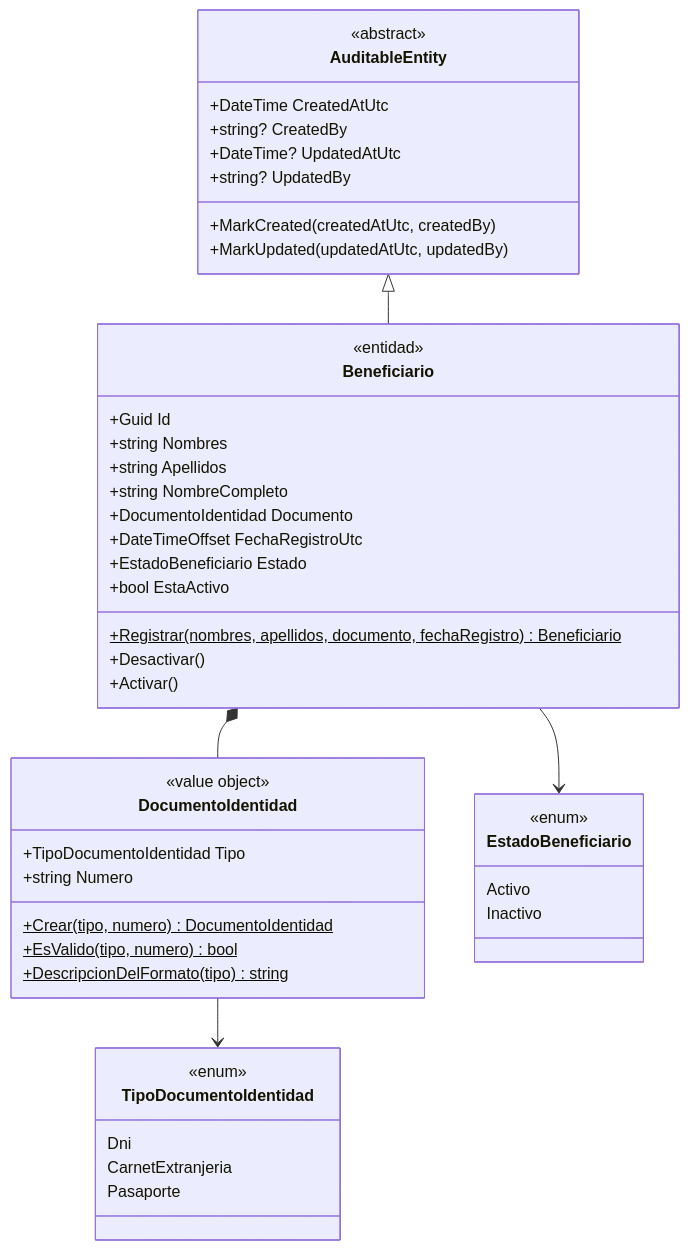
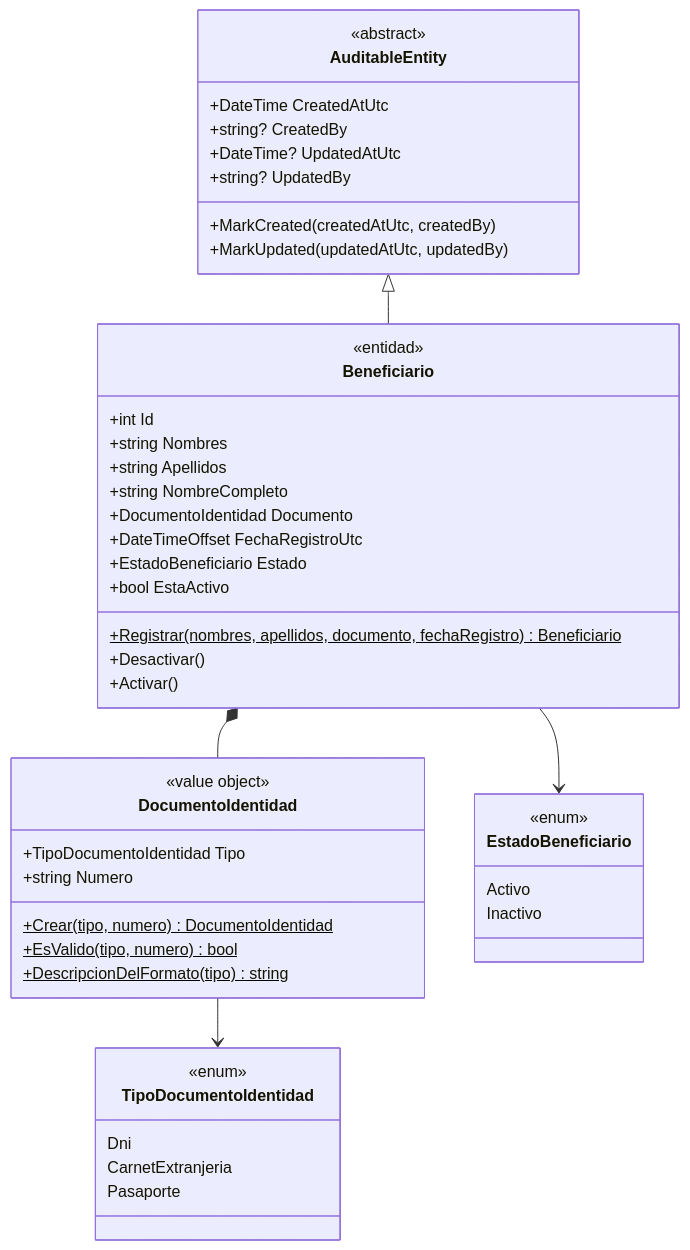
One commit to dalza1601/social-management changed the second of 4 diagrams in docs/sessions/session-02.md. Above: the diagram before and after it, drawn with Mermaid. The commit also changed other lines of this file and 77 other files, not shown here.

````diff
--- a/docs/sessions/session-02.md
+++ b/docs/sessions/session-02.md
@@ -82,49 +82,49 @@
 ```mermaid
 classDiagram
     class Beneficiario {
         <<entidad>>
-        +Guid Id
+        +int Id
         +string Nombres
         +string Apellidos
         +string NombreCompleto
         +DocumentoIdentidad Documento
         +DateTimeOffset FechaRegistroUtc
         +EstadoBeneficiario Estado
         +bool EstaActivo
         +Registrar(nombres, apellidos, documento, fechaRegistro)$ Beneficiario
         +Desactivar()
         +Activar()
     }
     class DocumentoIdentidad {
         <<value object>>
         +TipoDocumentoIdentidad Tipo
         +string Numero
         +Crear(tipo, numero)$ DocumentoIdentidad
         +EsValido(tipo, numero)$ bool
         +DescripcionDelFormato(tipo)$ string
     }
     class TipoDocumentoIdentidad {
         <<enum>>
         Dni
         CarnetExtranjeria
         Pasaporte
     }
     class EstadoBeneficiario {
         <<enum>>
         Activo
         Inactivo
     }
     class AuditableEntity {
         <<abstract>>
         +DateTime CreatedAtUtc
         +string? CreatedBy
         +DateTime? UpdatedAtUtc
         +string? UpdatedBy
         +MarkCreated(createdAtUtc, createdBy)
         +MarkUpdated(updatedAtUtc, updatedBy)
     }
     AuditableEntity <|-- Beneficiario
     Beneficiario *-- DocumentoIdentidad
     Beneficiario --> EstadoBeneficiario
     DocumentoIdentidad --> TipoDocumentoIdentidad
 ```
````
